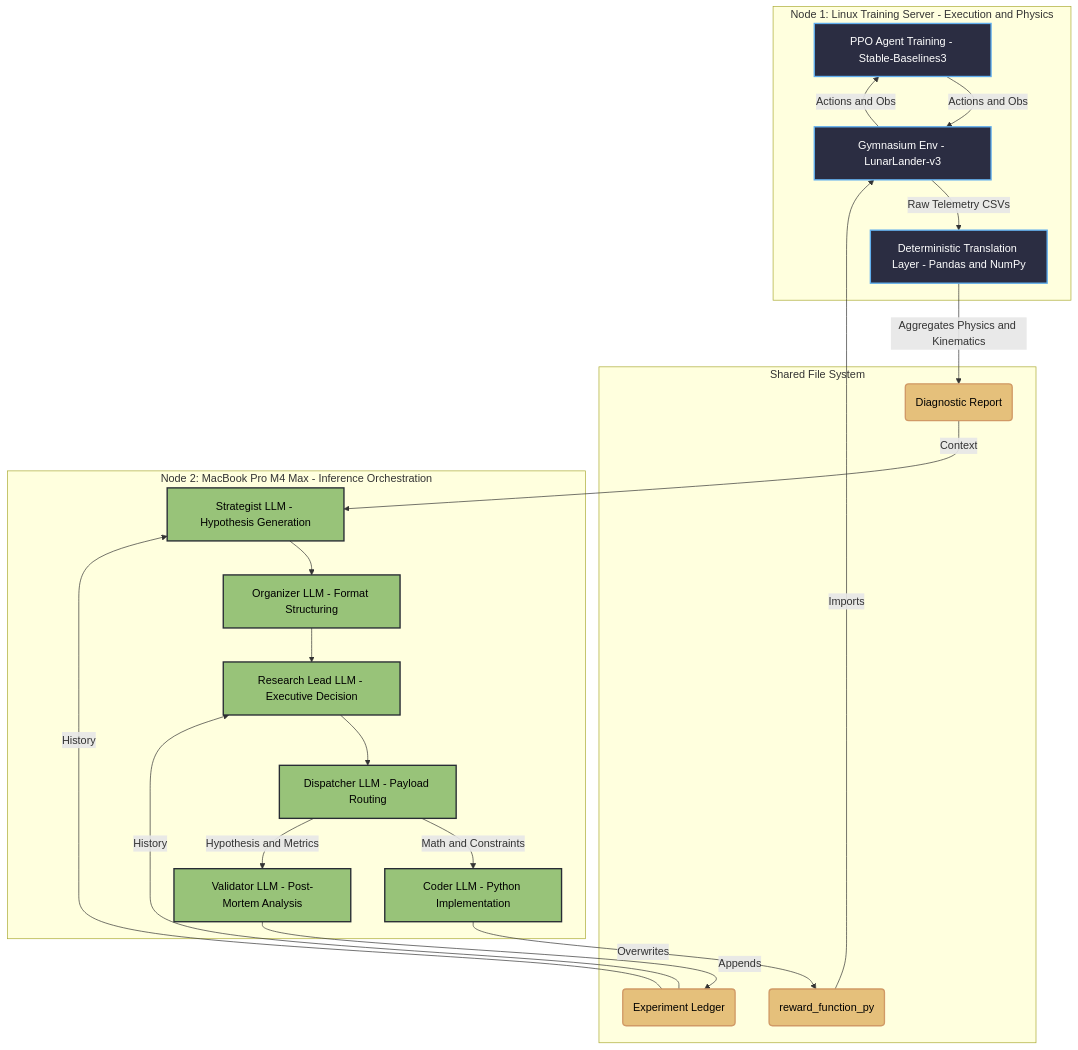
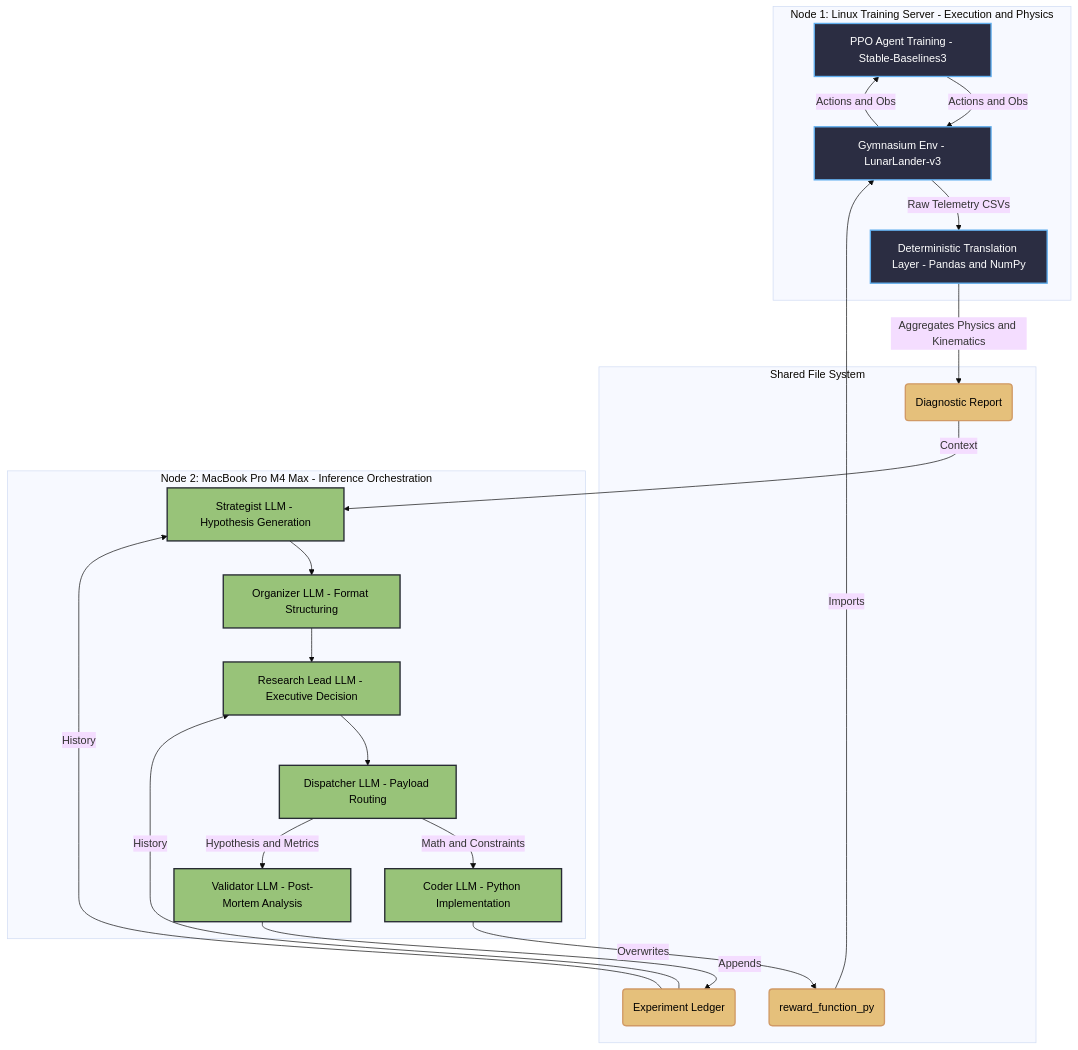
One commit to Cheerful-Nebula/rl_agent_loop changed the diagram in README.md. Above: the diagram before and after it, drawn with Mermaid.

Commit message:
Update README with mermaid graph initialization

````diff
--- a/README.md
+++ b/README.md
@@ -42,46 +42,47 @@
 ```mermaid
+%%{init: {"theme": "base"} }%%
 graph TD
     classDef linux fill:#2b2d42,stroke:#61afef,stroke-width:2px,color:#fff
     classDef mac fill:#fdf6e3,stroke:#e06c75,stroke-width:2px,color:#333
     classDef llm fill:#98c379,stroke:#282c34,stroke-width:2px,color:#000
     classDef file fill:#e5c07b,stroke:#d19a66,stroke-width:2px,color:#000
 
     subgraph "Node 1: Linux Training Server - Execution and Physics"
         A["PPO Agent Training - Stable-Baselines3"]:::linux
         B["Gymnasium Env - LunarLander-v3"]:::linux
         C["Deterministic Translation Layer - Pandas and NumPy"]:::linux
 
         A -->|Actions and Obs| B
         B -->|Actions and Obs| A
         B -->|Raw Telemetry CSVs| C
     end
 
     subgraph "Shared File System"
         D("Diagnostic Report"):::file
         E("Experiment Ledger"):::file
         F("reward_function_py"):::file
     end
 
     subgraph "Node 2: MacBook Pro M4 Max - Inference Orchestration"
         G["Strategist LLM - Hypothesis Generation"]:::llm
         H["Organizer LLM - Format Structuring"]:::llm
         I["Research Lead LLM - Executive Decision"]:::llm
         J["Dispatcher LLM - Payload Routing"]:::llm
         K["Coder LLM - Python Implementation"]:::llm
         L["Validator LLM - Post-Mortem Analysis"]:::llm
 
         G --> H
         H --> I
         I --> J
         J -->|Math and Constraints| K
         J -->|Hypothesis and Metrics| L
     end
 
     C -->|Aggregates Physics and Kinematics| D
     D -->|Context| G
     E -->|History| G
     E -->|History| I
     K -->|Overwrites| F
     F -->|Imports| B
     L -->|Appends| E
 ```
````
